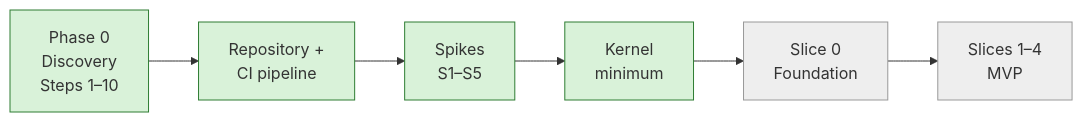
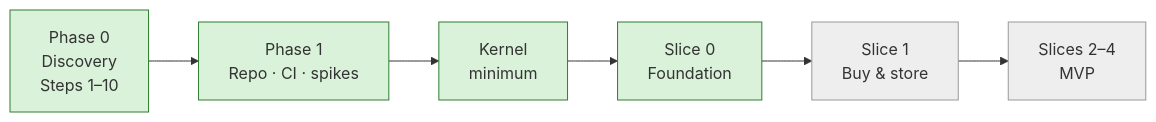
The diagram in docs/00-context/CURRENT-STATE.md (adityayadav30561-rgb/MASTER-ERP), drawn with Mermaid before and after one commit. The commit also changed other lines of this file and 13 other files, not shown here.

````diff
--- a/docs/00-context/CURRENT-STATE.md
+++ b/docs/00-context/CURRENT-STATE.md
@@ -11,6 +14,6 @@
 ```mermaid
 flowchart LR
-    P0["Phase 0<br/>Discovery<br/>Steps 1–10"]:::done --> R["Repository +<br/>CI pipeline"]:::done --> SP["Spikes<br/>S1–S5"]:::done --> KM["Kernel<br/>minimum"]:::done --> S0["Slice 0<br/>Foundation"]:::todo --> S1["Slices 1–4<br/>MVP"]:::todo
+    P0["Phase 0<br/>Discovery<br/>Steps 1–10"]:::done --> SP["Phase 1<br/>Repo · CI · spikes"]:::done --> KM["Kernel<br/>minimum"]:::done --> S0["Slice 0<br/>Foundation"]:::done --> S1["Slice 1<br/>Buy & store"]:::todo --> S24["Slices 2–4<br/>MVP"]:::todo
     classDef done fill:#d9f2d9,stroke:#2e7d32
     classDef todo fill:#eeeeee,stroke:#999999
 ```
````
